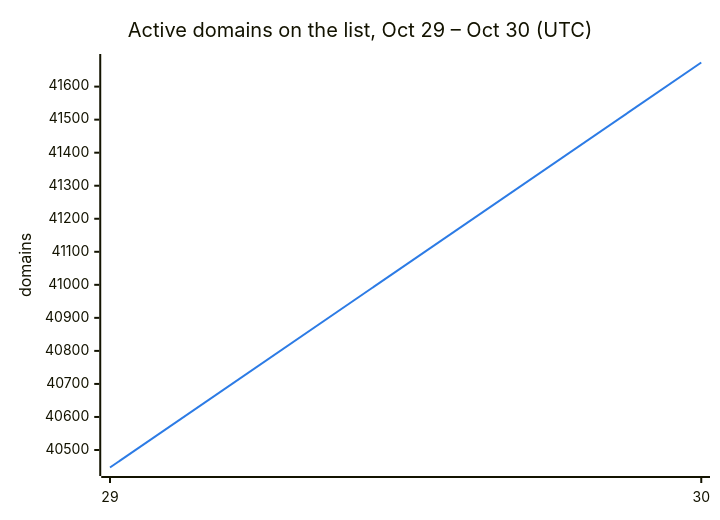
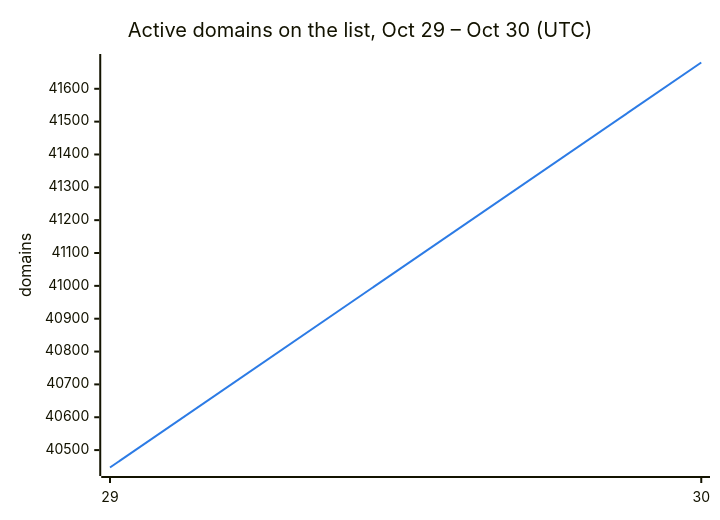
Before and after one commit to DNSBunker/CTI: the second of 3 diagrams in README.md, drawn with Mermaid. The commit also changed other lines of this file and 3 other files, not shown here.

````diff
--- a/README.md
+++ b/README.md
@@ -38,8 +38,8 @@
 ```mermaid
 %%{init: {"themeVariables": {"xyChart": {"plotColorPalette": "#2c7be5"}}}}%%
 xychart-beta
     title "Active domains on the list, Oct 29 – Oct 30 (UTC)"
     x-axis ["29", "30"]
     y-axis "domains"
-    line [40447, 41673]
+    line [40447, 41680]
 ```
````
